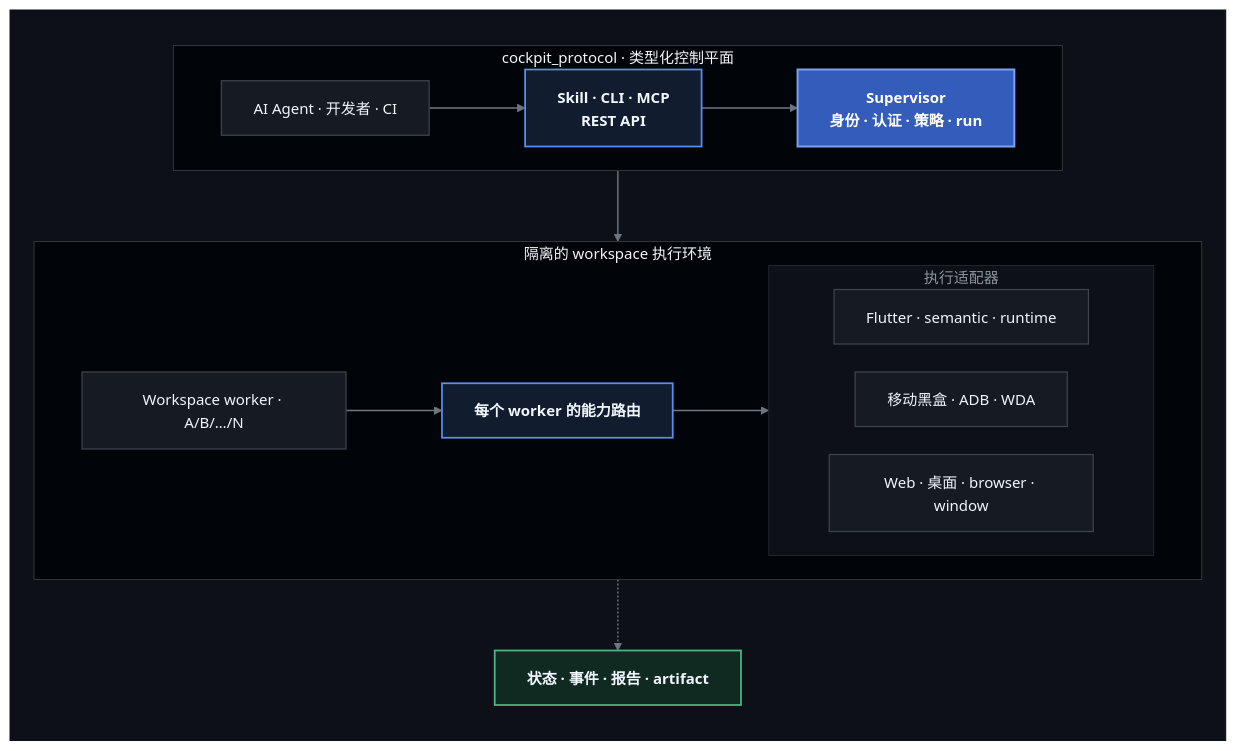
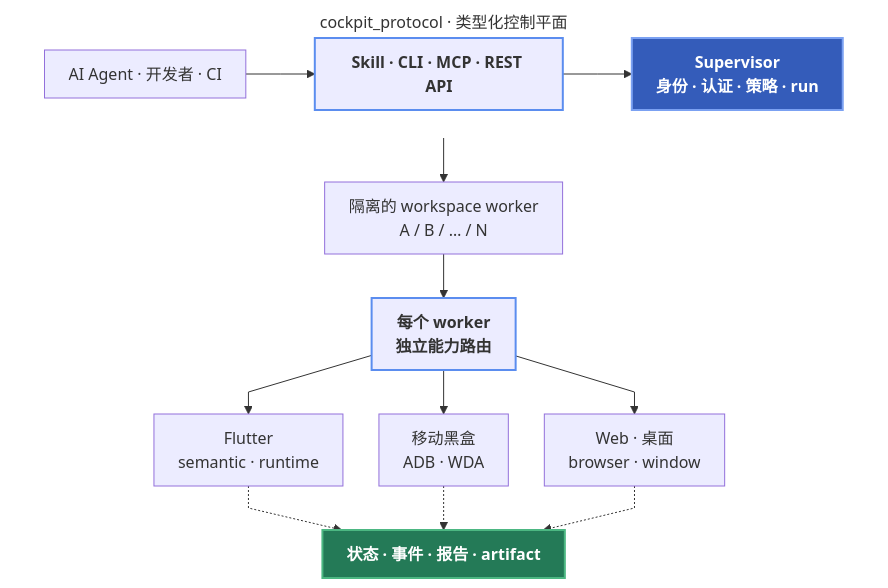
The diagram in README.zh-CN.md (cockpit-dev/cockpit), drawn with Mermaid before and after one commit. The commit also changed 1 other file, not shown here.

Commit message:
docs: simplify adaptive architecture diagram

````diff
--- a/README.zh-CN.md
+++ b/README.zh-CN.md
@@ -110,50 +110,31 @@
 ```mermaid
-%%{init: {"theme": "base", "themeVariables": {"darkMode": true, "background": "#0D1117", "fontFamily": "system-ui, -apple-system, BlinkMacSystemFont, Segoe UI, sans-serif", "fontSize": "15px", "primaryColor": "#161B22", "primaryTextColor": "#F0F6FC", "primaryBorderColor": "#3D444D", "lineColor": "#6E7681", "secondaryColor": "#111D2E", "tertiaryColor": "#0D1117", "clusterBkg": "#0D1117", "clusterBorder": "#30363D", "edgeLabelBackground": "#0D1117"}, "flowchart": {"curve": "linear", "nodeSpacing": 28, "rankSpacing": 46, "padding": 16}}}%%
+%%{init: {"flowchart": {"curve": "linear", "nodeSpacing": 36, "rankSpacing": 44, "padding": 12}}}%%
 flowchart TB
-  subgraph Architecture[" "]
-    direction TB
-    subgraph ControlPath["cockpit_protocol · 类型化控制平面"]
-      direction LR
-      Actors["AI Agent · 开发者 · CI"]
-      Surfaces["Skill · CLI · MCP<br/>REST API"]
-      Supervisor["Supervisor<br/>身份 · 认证 · 策略 · run"]
-      Actors --> Surfaces --> Supervisor
-    end
-
-    subgraph RuntimePath["隔离的 workspace 执行环境"]
-      direction LR
-      Workers["Workspace worker · A/B/…/N"]
-      Router["每个 worker 的能力路由"]
-
-      subgraph Adapters["执行适配器"]
-        direction LR
-        Flutter["Flutter · semantic · runtime"]
-        Native["移动黑盒 · ADB · WDA"]
-        Desktop["Web · 桌面 · browser · window"]
-      end
-
-      Workers --> Router --> Adapters
-    end
-
-    Evidence["状态 · 事件 · 报告 · artifact"]
-
-    Supervisor --> Workers
-    Adapters -.-> Evidence
+  subgraph ControlPath["cockpit_protocol · 类型化控制平面"]
+    direction LR
+    Actors["AI Agent · 开发者 · CI"]
+    Surfaces["Skill · CLI · MCP · REST API"]
+    Supervisor["Supervisor<br/>身份 · 认证 · 策略 · run"]
+    Actors --> Surfaces --> Supervisor
   end
 
-  classDef node fill:#161B22,stroke:#3D444D,color:#F0F6FC,stroke-width:1.25px
-  classDef gateway fill:#111D2E,stroke:#5B8DEF,color:#F0F6FC,stroke-width:1.75px,font-weight:600
+  Workers["隔离的 workspace worker<br/>A / B / … / N"]
+  Router["每个 worker<br/>独立能力路由"]
+  Flutter["Flutter<br/>semantic · runtime"]
+  Native["移动黑盒<br/>ADB · WDA"]
+  Desktop["Web · 桌面<br/>browser · window"]
+  Evidence["状态 · 事件 · 报告 · artifact"]
+
+  Supervisor --> Workers --> Router
+  Router --> Flutter & Native & Desktop
+  Flutter & Native & Desktop -.-> Evidence
+
+  classDef gateway stroke:#5B8DEF,stroke-width:2px,font-weight:600
   classDef core fill:#345CBA,stroke:#7BA1F2,color:#FFFFFF,stroke-width:2px,font-weight:700
-  classDef evidence fill:#102A22,stroke:#4CB782,color:#F0F6FC,stroke-width:1.75px,font-weight:600
-
-  class Actors,Workers,Flutter,Native,Desktop node
+  classDef evidence fill:#247A57,stroke:#4CB782,color:#FFFFFF,stroke-width:2px,font-weight:600
   class Surfaces,Router gateway
   class Supervisor core
   class Evidence evidence
 
-  style Architecture fill:#0D1117,stroke:#0D1117,color:#F0F6FC
-  style ControlPath fill:#010409,stroke:#30363D,color:#F0F6FC,stroke-width:1px
-  style RuntimePath fill:#010409,stroke:#30363D,color:#F0F6FC,stroke-width:1px
-  style Adapters fill:#0D1117,stroke:#21262D,color:#8B949E,stroke-width:1px
-  linkStyle default stroke:#6E7681,stroke-width:1.4px
+  style ControlPath fill:transparent,stroke:transparent
 ```
````
